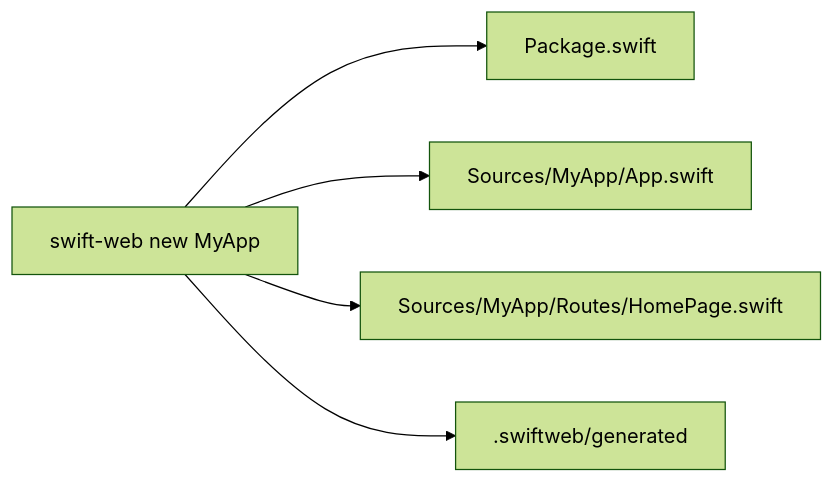
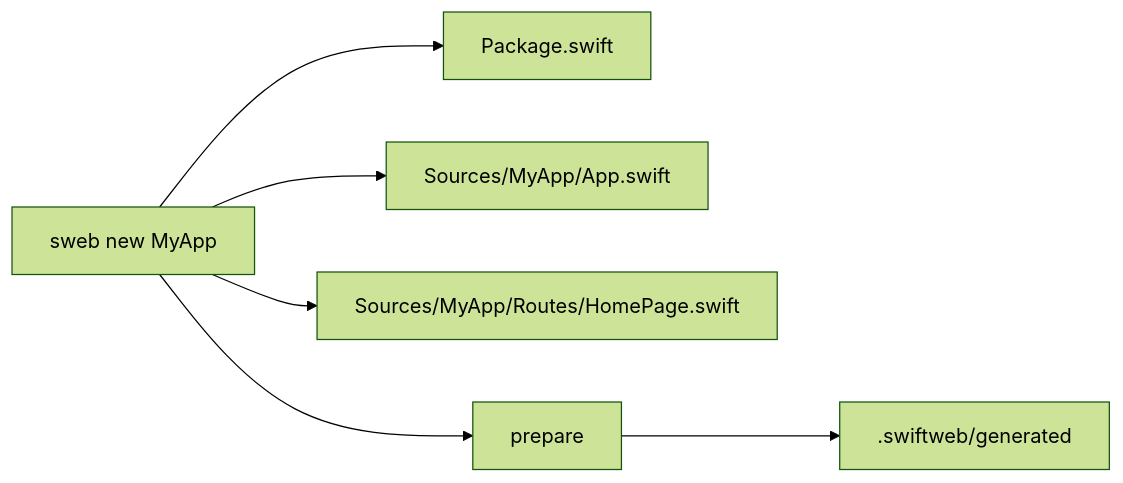
Before and after one commit to 1amageek/swift-web: the first of 9 diagrams in Sources/SwiftWebCLI/README.md, drawn with Mermaid (forest theme). The commit also changed other lines of this file and 24 other files, not shown here.

````diff
--- a/Sources/SwiftWebCLI/README.md
+++ b/Sources/SwiftWebCLI/README.md
@@ -22,7 +23,8 @@
 ```mermaid
 flowchart LR
-  A["swift-web new MyApp"] --> B["Package.swift"]
+  A["sweb new MyApp"] --> B["Package.swift"]
   A --> C["Sources/MyApp/App.swift"]
   A --> D["Sources/MyApp/Routes/HomePage.swift"]
-  A --> E[".swiftweb/generated"]
+  A --> E["prepare"]
+  E --> F[".swiftweb/generated"]
 ```
````
